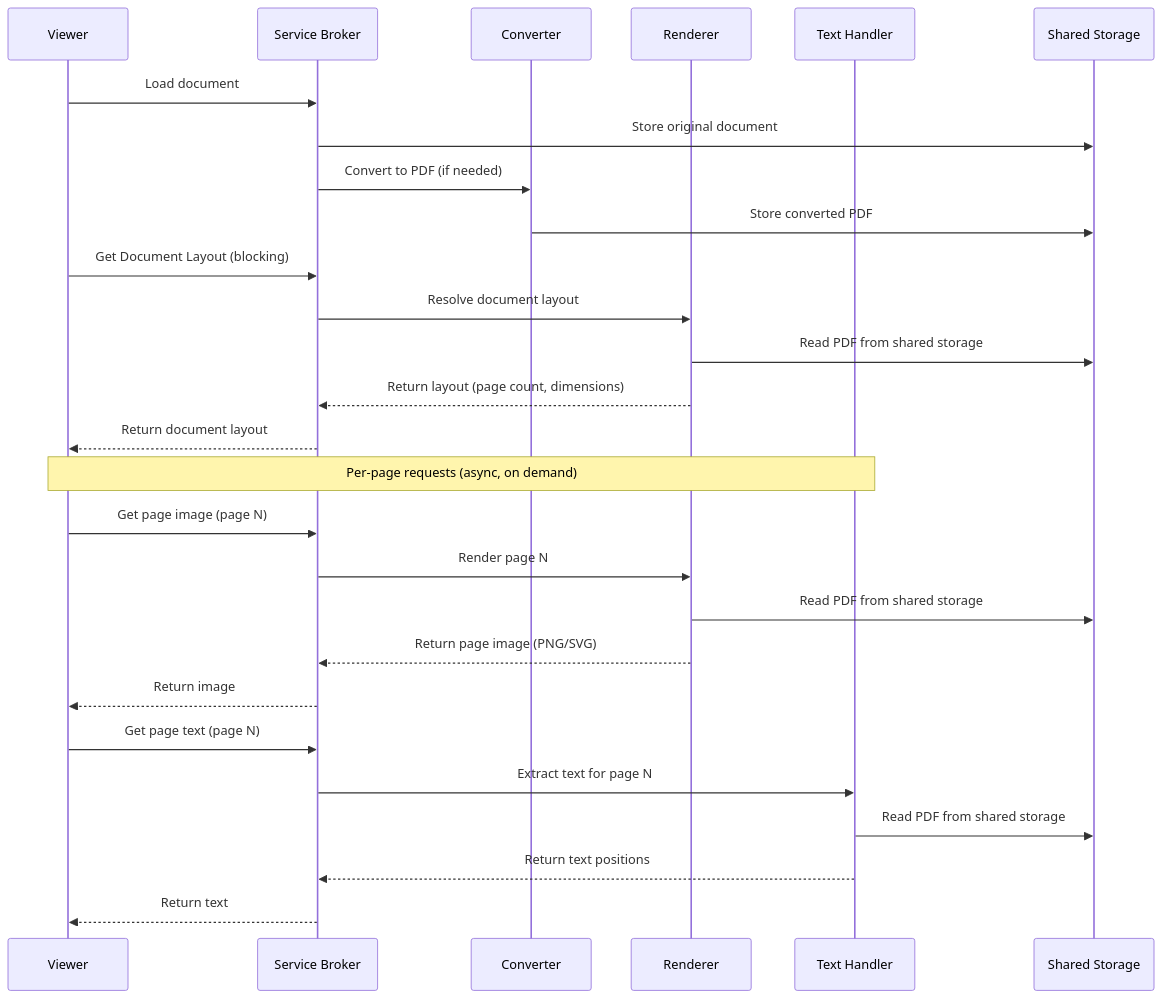
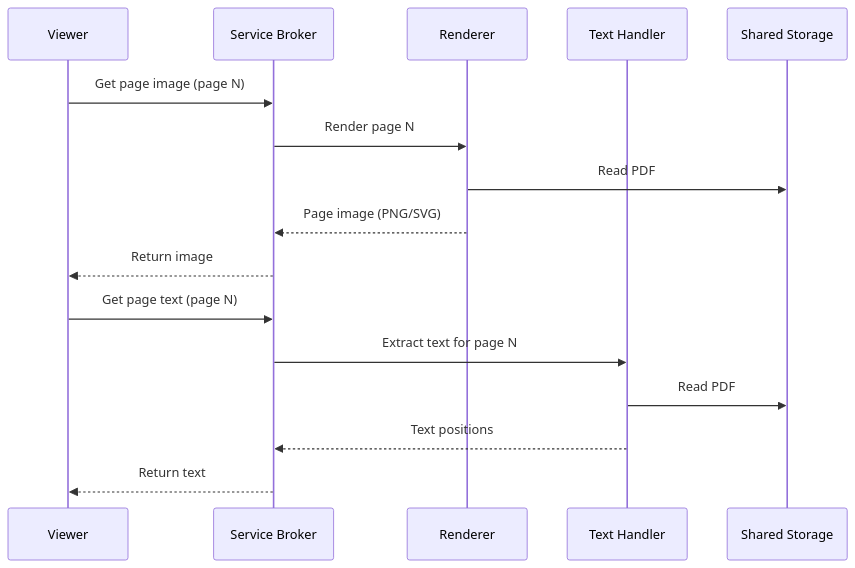
Before and after one commit to Uxopian/uxodocs: the second of 2 diagrams in docs/arender/concepts/rendition-pipeline.md, drawn with Mermaid. The commit also changed other lines of this file and 10 other files, not shown here.

````diff
--- a/docs/arender/concepts/rendition-pipeline.md
+++ b/docs/arender/concepts/rendition-pipeline.md
@@ -19,34 +40,20 @@
 ```mermaid
 sequenceDiagram
     participant V as Viewer
     participant B as Service Broker
-    participant C as Converter
     participant R as Renderer
     participant T as Text Handler
     participant FS as Shared Storage
 
-    V->>B: Load document
-    B->>FS: Store original document
-    B->>C: Convert to PDF (if needed)
-    C->>FS: Store converted PDF
-
-    V->>B: Get Document Layout (blocking)
-    B->>R: Resolve document layout
-    R->>FS: Read PDF from shared storage
-    R-->>B: Return layout (page count, dimensions)
-    B-->>V: Return document layout
-
-    Note over V,T: Per-page requests (async, on demand)
-
     V->>B: Get page image (page N)
     B->>R: Render page N
-    R->>FS: Read PDF from shared storage
-    R-->>B: Return page image (PNG/SVG)
+    R->>FS: Read PDF
+    R-->>B: Page image (PNG/SVG)
     B-->>V: Return image
 
     V->>B: Get page text (page N)
     B->>T: Extract text for page N
-    T->>FS: Read PDF from shared storage
-    T-->>B: Return text positions
+    T->>FS: Read PDF
+    T-->>B: Text positions
     B-->>V: Return text
 ```
````
